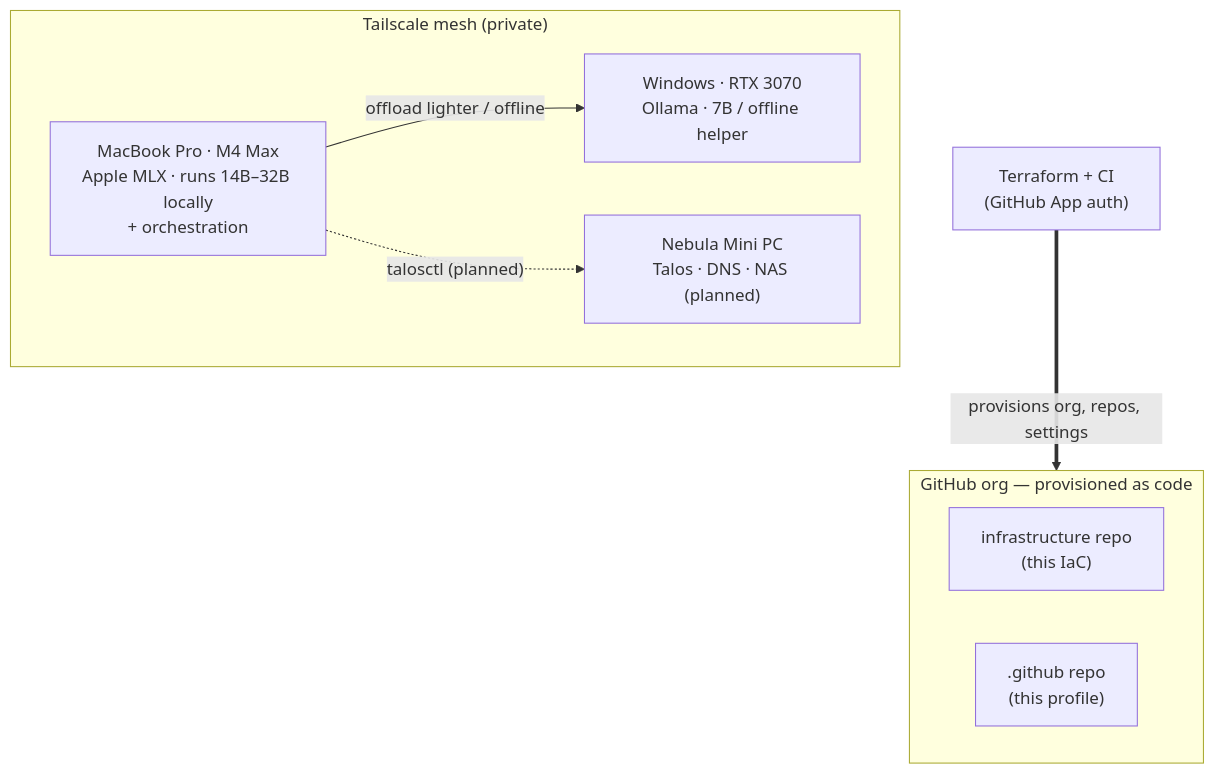
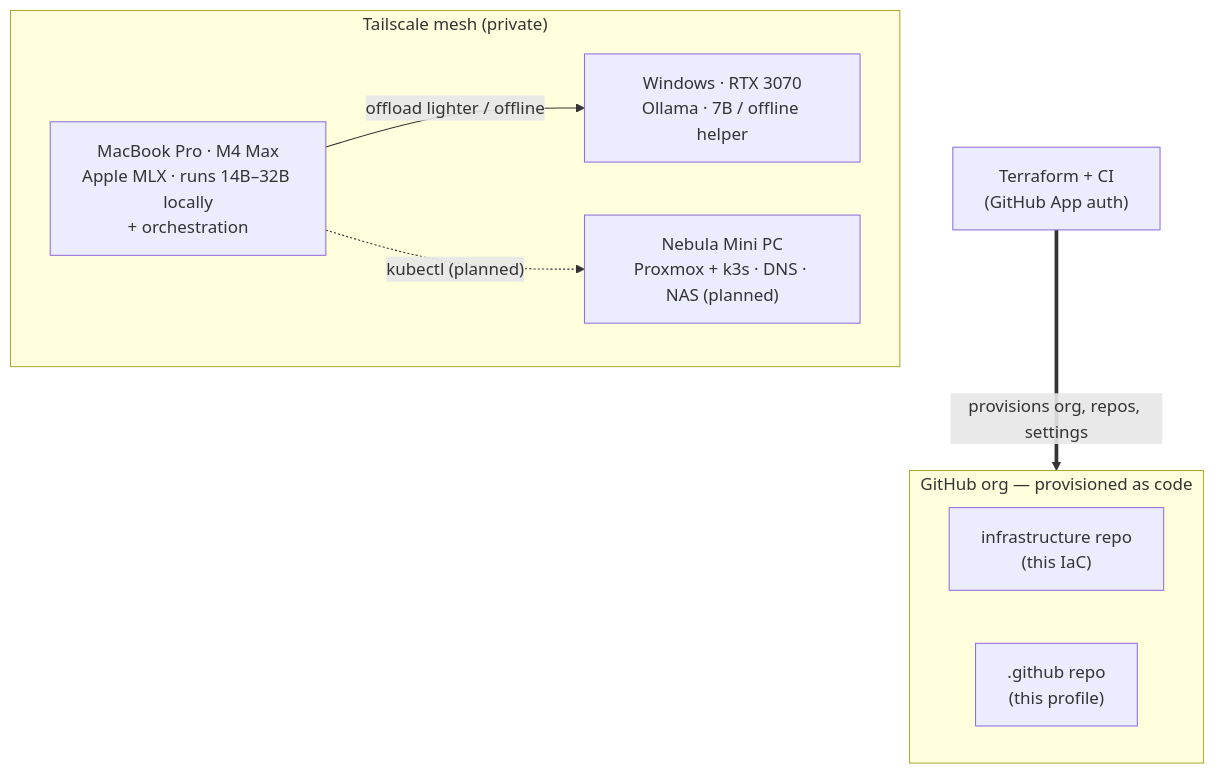
Before and after one commit to local-homelab/.github: the diagram in profile/README.md, drawn with Mermaid. The commit also changed other lines of this file, not shown here.

Commit message:
Profile: Talos -> Proxmox + k3s (talosctl -> kubectl)

````diff
--- a/profile/README.md
+++ b/profile/README.md
@@ -21,20 +21,20 @@
 ```mermaid
 flowchart TB
     tf["Terraform + CI<br/>(GitHub App auth)"]
 
     subgraph gh["GitHub org — provisioned as code"]
         infra["infrastructure repo<br/>(this IaC)"]
         dotgh[".github repo<br/>(this profile)"]
     end
 
     tf ==>|provisions org, repos, settings| gh
 
     subgraph tailnet["Tailscale mesh (private)"]
         mac["MacBook Pro · M4 Max<br/>Apple MLX · runs 14B–32B locally<br/>+ orchestration"]
         win["Windows · RTX 3070<br/>Ollama · 7B / offline helper"]
-        nebula["Nebula Mini PC<br/>Talos · DNS · NAS (planned)"]
+        nebula["Nebula Mini PC<br/>Proxmox + k3s · DNS · NAS (planned)"]
     end
 
     mac -->|offload lighter / offline| win
-    mac -. "talosctl (planned)" .-> nebula
+    mac -. "kubectl (planned)" .-> nebula
 ```
````
